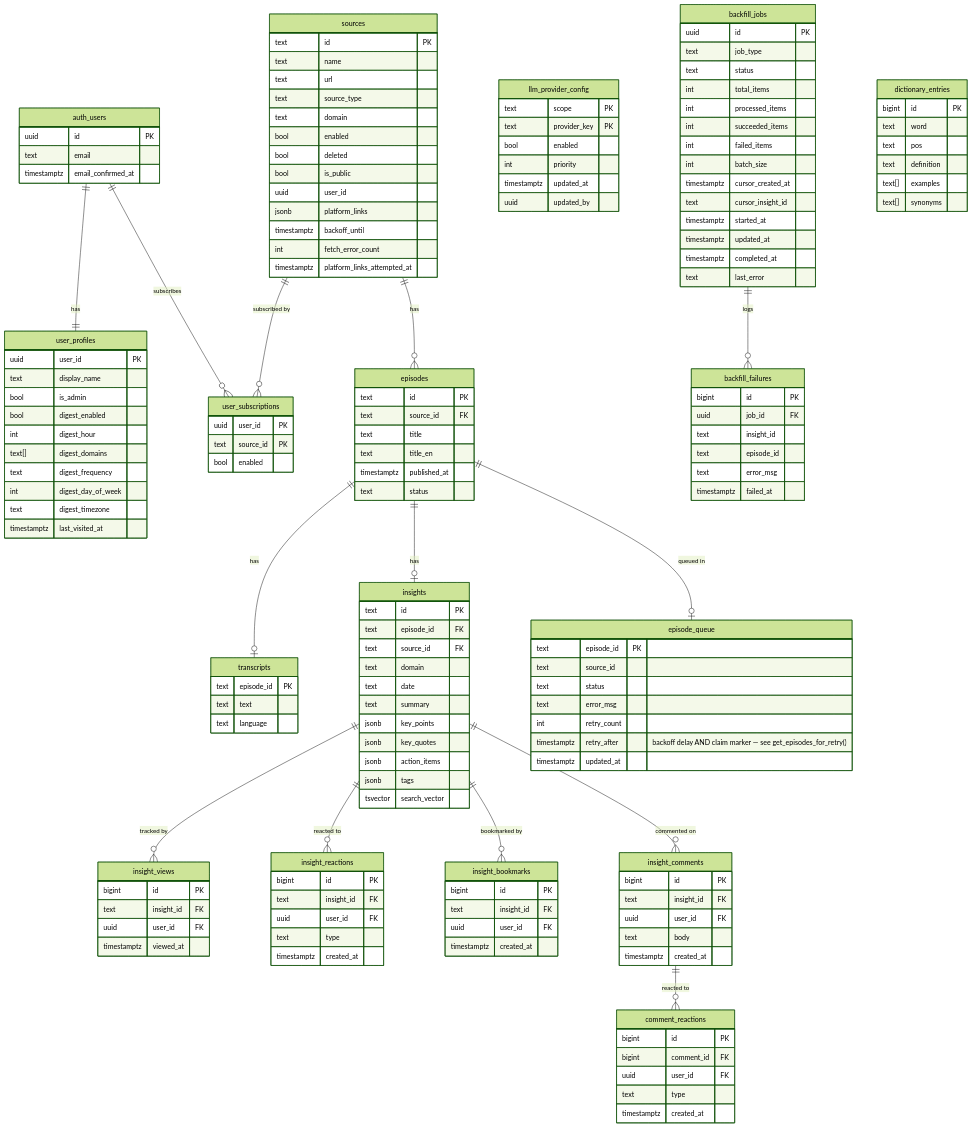
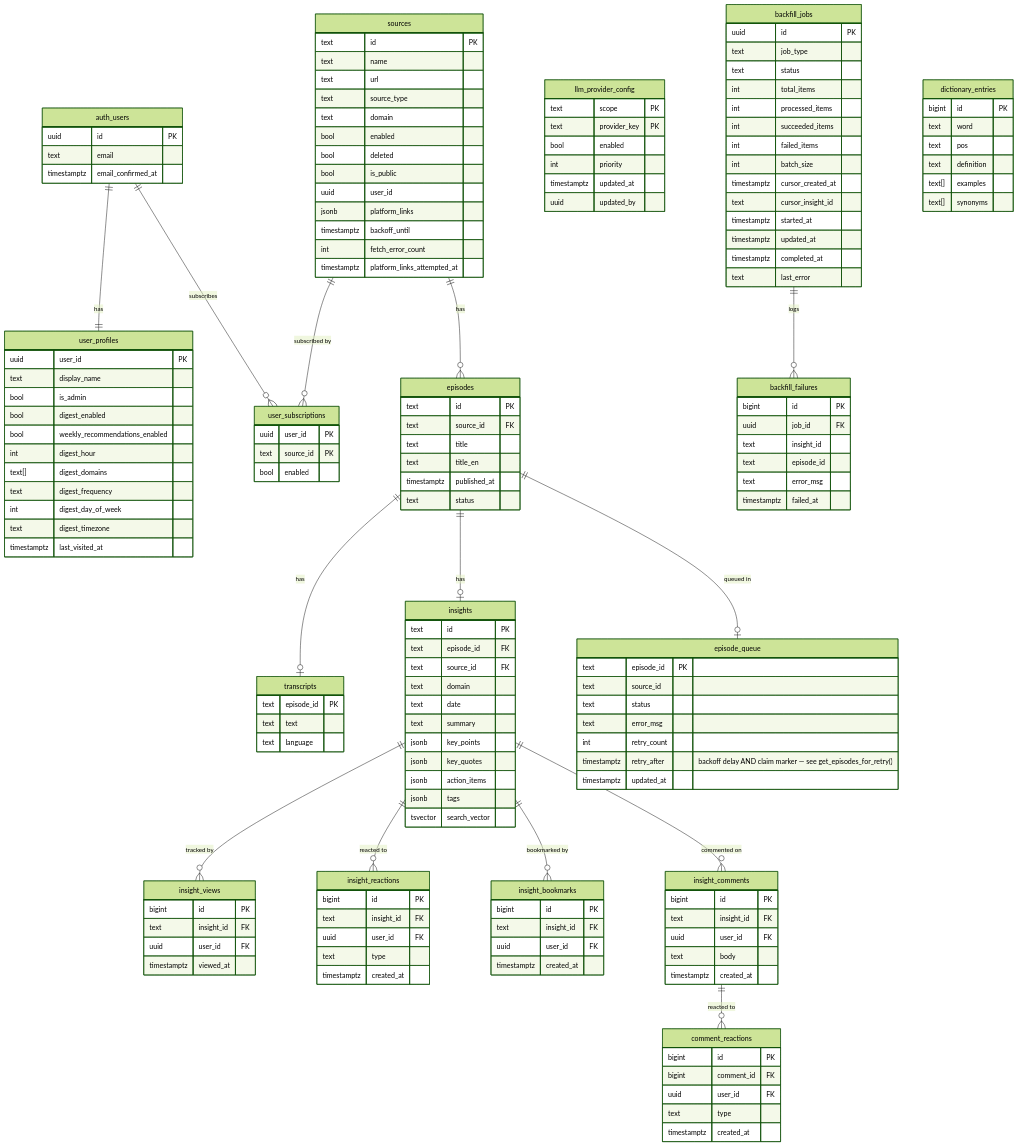
Before and after one commit to vtghub/PodcastsSummarizer: the second of 2 diagrams in docs/architecture.md, drawn with Mermaid (forest theme). The commit also changed other lines of this file and 2 other files, not shown here.

Commit message:
docs: update architecture and workflow diagrams post-PR #341

```diff
--- a/docs/architecture.md
+++ b/docs/architecture.md
@@ -254,6 +254,7 @@
         text display_name
         bool is_admin
         bool digest_enabled
+        bool weekly_recommendations_enabled
         int  digest_hour
         text[] digest_domains
         text digest_frequency
```
